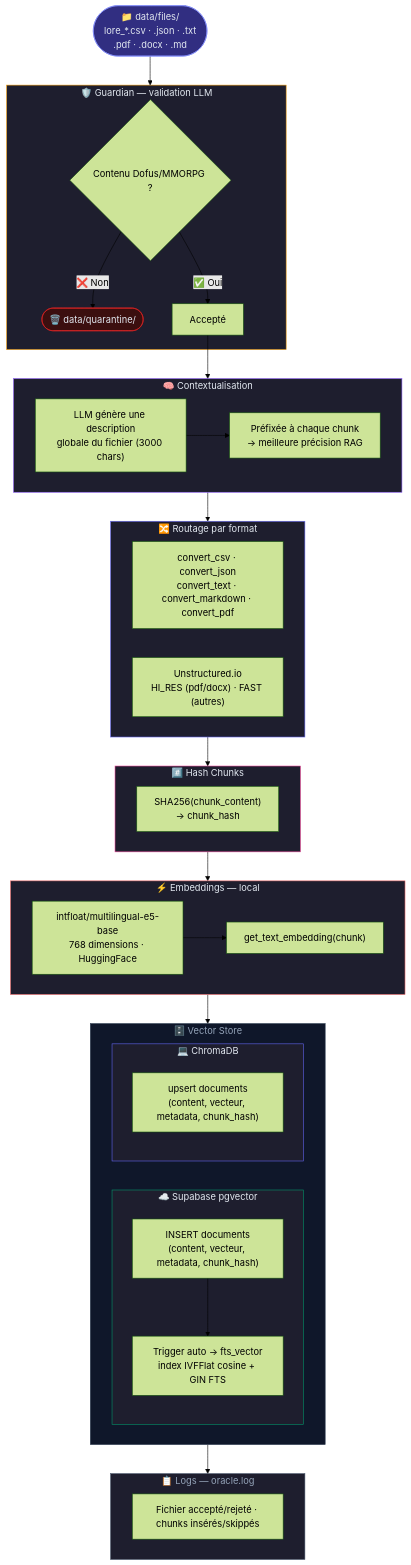
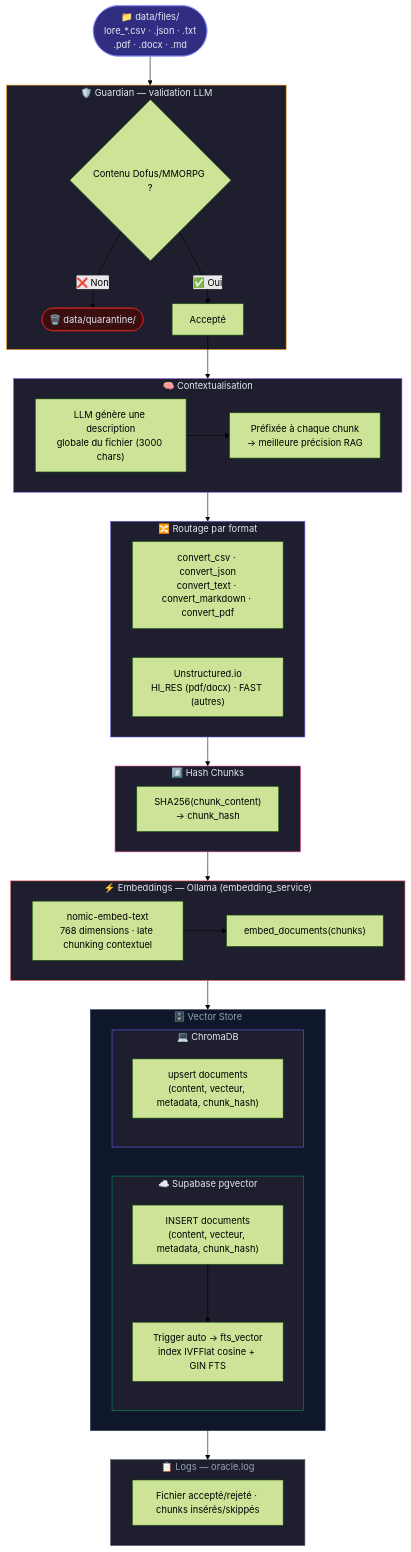
One commit to dlz-dev/HELMo-ORACLE changed the second of 5 diagrams in docs/FR/workflow.md. Above: the diagram before and after it, drawn with Mermaid (forest theme). The commit also changed other lines of this file and 6 other files, not shown here.

Commit message:
Late Chunking : requirements.txt nettoyé + documentation

````diff
--- a/docs/FR/workflow.md
+++ b/docs/FR/workflow.md
@@ -58,72 +58,72 @@
 ```mermaid
 flowchart TD
     INPUT([📁 data/files/\nlore_*.csv · .json · .txt\n.pdf · .docx · .md]) --> GUARD
 
     subgraph GUARD ["🛡️ Guardian — validation LLM"]
         G1{"Contenu Dofus/MMORPG ?"}
         G1 -->|"❌ Non"| G2(["🗑️ data/quarantine/"])
         G1 -->|"✅ Oui"| G3["Accepté"]
     end
 
     G3 --> CTX
 
     subgraph CTX ["🧠 Contextualisation"]
         C1["LLM génère une description\nglobale du fichier (3000 chars)"]
         C2["Préfixée à chaque chunk\n→ meilleure précision RAG"]
         C1 --> C2
     end
 
     CTX --> ROUTE
 
     subgraph ROUTE ["🔀 Routage par format"]
         direction LR
         R1["convert_csv · convert_json\nconvert_text · convert_markdown · convert_pdf"]
         R2["Unstructured.io\nHI_RES (pdf/docx) · FAST (autres)"]
     end
 
     ROUTE --> HASH
 
     subgraph HASH ["#️⃣ Hash Chunks"]
         H1["SHA256(chunk_content)\n→ chunk_hash"]
     end
 
     HASH --> EMBED
 
-    subgraph EMBED ["⚡ Embeddings — local"]
-        E1["intfloat/multilingual-e5-base\n768 dimensions · HuggingFace"]
-        E2["get_text_embedding(chunk)"]
+    subgraph EMBED ["⚡ Embeddings — Ollama (embedding_service)"]
+        E1["nomic-embed-text\n768 dimensions · late chunking contextuel"]
+        E2["embed_documents(chunks)"]
         E1 --> E2
     end
 
     EMBED --> DB
 
     subgraph DB ["🗄️ Vector Store"]
         direction LR
         subgraph DB_CLOUD ["☁️ Supabase pgvector"]
             D1["INSERT documents\n(content, vecteur, metadata, chunk_hash)"]
             D2["Trigger auto → fts_vector\nindex IVFFlat cosine + GIN FTS"]
             D1 --> D2
         end
         subgraph DB_LOCAL ["💻 ChromaDB"]
             D3["upsert documents\n(content, vecteur, metadata, chunk_hash)"]
         end
     end
 
     subgraph LOG ["📋 Logs — oracle.log"]
         L1["Fichier accepté/rejeté · chunks insérés/skippés"]
     end
 
     DB --> LOG
 
     style GUARD  fill:#1e1e2e,stroke:#f59e0b,color:#e2e8f0
     style CTX    fill:#1e1e2e,stroke:#8b5cf6,color:#e2e8f0
     style ROUTE  fill:#1e1e2e,stroke:#6366f1,color:#e2e8f0
     style HASH   fill:#1e1e2e,stroke:#ec4899,color:#e2e8f0
     style EMBED  fill:#1e1e2e,stroke:#f87171,color:#e2e8f0
     style DB     fill:#0f172a,stroke:#334155,color:#94a3b8
     style DB_CLOUD fill:#1e1e2e,stroke:#059669,color:#e2e8f0
     style DB_LOCAL fill:#1e1e2e,stroke:#6366f1,color:#e2e8f0
     style LOG    fill:#1e1e2e,stroke:#475569,color:#94a3b8
     style INPUT  fill:#312e81,stroke:#818cf8,color:#e2e8f0
     style G2     fill:#3b0f0f,stroke:#dc2626,color:#e2e8f0
 ```
````
